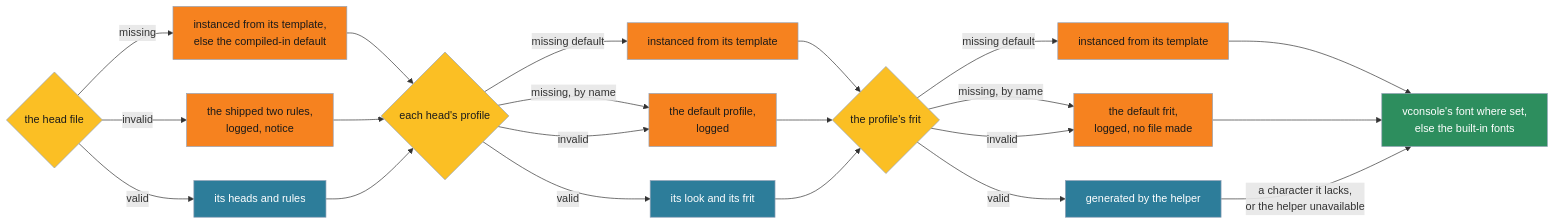
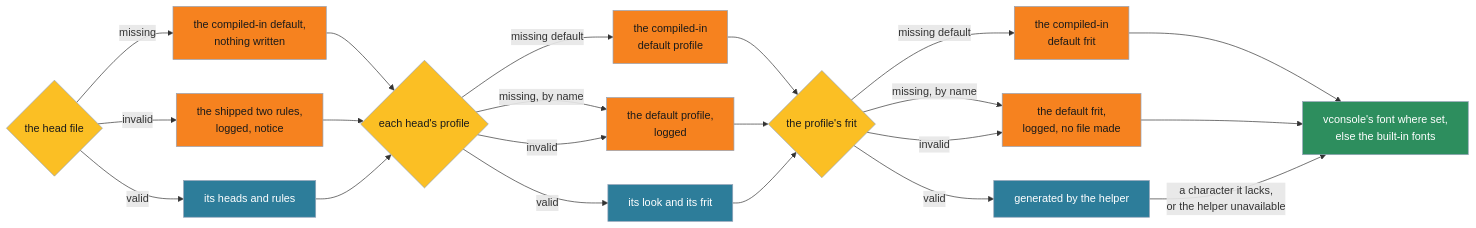
One commit to vtium/vtium changed the third of 5 diagrams in docs/architecture/platform/ADR-1401-heads-a-terminal-per-physical-display-placed-by-a-first-match-ruleset.md. Above: the diagram before and after it, drawn with Mermaid. The commit also changed other lines of this file and 3 other files, not shown here.

````diff
--- a/docs/architecture/platform/ADR-1401-heads-a-terminal-per-physical-display-placed-by-a-first-match-ruleset.md
+++ b/docs/architecture/platform/ADR-1401-heads-a-terminal-per-physical-display-placed-by-a-first-match-ruleset.md
@@ -311,31 +318,31 @@
 ```mermaid
 flowchart LR
-    HF{"the head file"} -->|"missing"| HFI["instanced from its template,<br>else the compiled-in default"]
+    HF{"the head file"} -->|"missing"| HFI["the compiled-in default,<br>nothing written"]
     HF -->|"invalid"| HFS["the shipped two rules,<br>logged, notice"]
     HF -->|"valid"| HFV["its heads and rules"]
     HFI --> PR
     HFS --> PR
     HFV --> PR{"each head's profile"}
-    PR -->|"missing default"| PRI["instanced from its template"]
+    PR -->|"missing default"| PRI["the compiled-in<br>default profile"]
     PR -->|"missing, by name"| PRD["the default profile,<br>logged"]
     PR -->|"invalid"| PRD
     PR -->|"valid"| PRV["its look and its frit"]
     PRI --> FR
     PRD --> FR
     PRV --> FR{"the profile's frit"}
-    FR -->|"missing default"| FRI["instanced from its template"]
+    FR -->|"missing default"| FRI["the compiled-in<br>default frit"]
     FR -->|"missing, by name"| FRD["the default frit,<br>logged, no file made"]
     FR -->|"invalid"| FRD
     FR -->|"valid"| FRV["generated by the helper"]
     FRI --> BI
     FRD --> BI["vconsole's font where set,<br>else the built-in fonts"]
     FRV -->|"a character it lacks,<br>or the helper unavailable"| BI
     classDef check fill:#fbbf24,color:#1a1a1a,stroke:#94a3b8
     classDef step fill:#2d7d9a,color:#ffffff,stroke:#94a3b8
     classDef fall fill:#f6821f,color:#1a1a1a,stroke:#94a3b8
     classDef done fill:#2d8e5e,color:#ffffff,stroke:#94a3b8
     class HF,PR,FR check
     class HFV,PRV,FRV step
     class HFI,HFS,PRI,PRD,FRI,FRD fall
     class BI done
 ```
````
